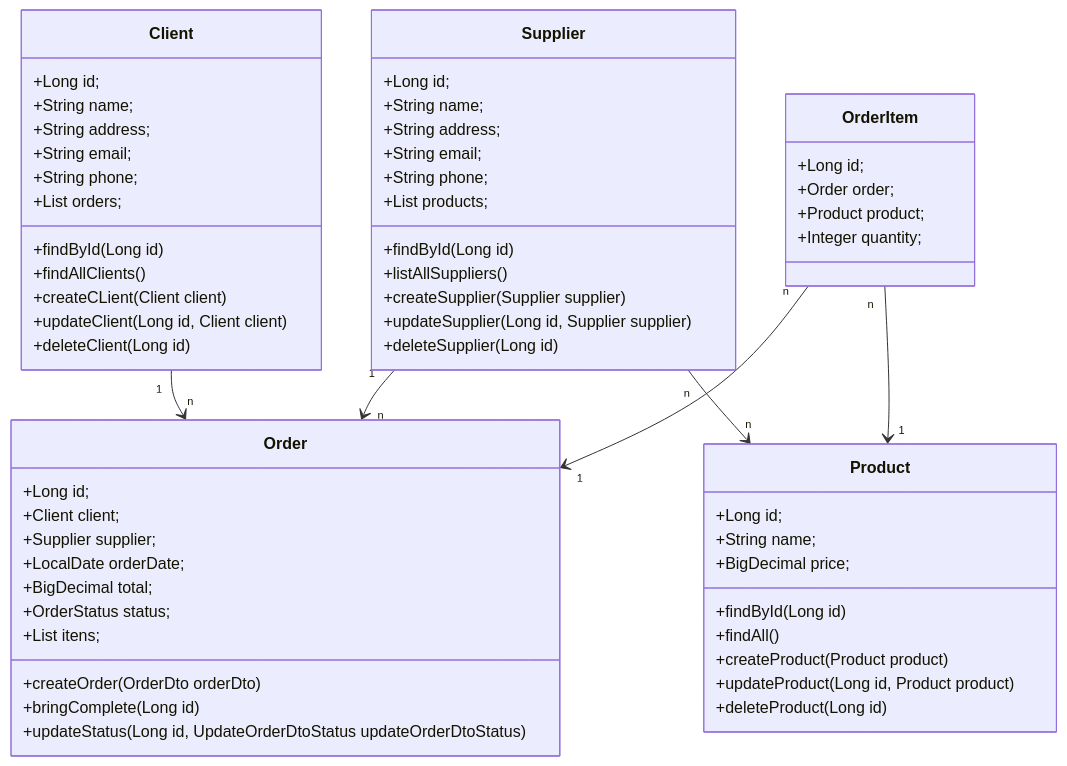
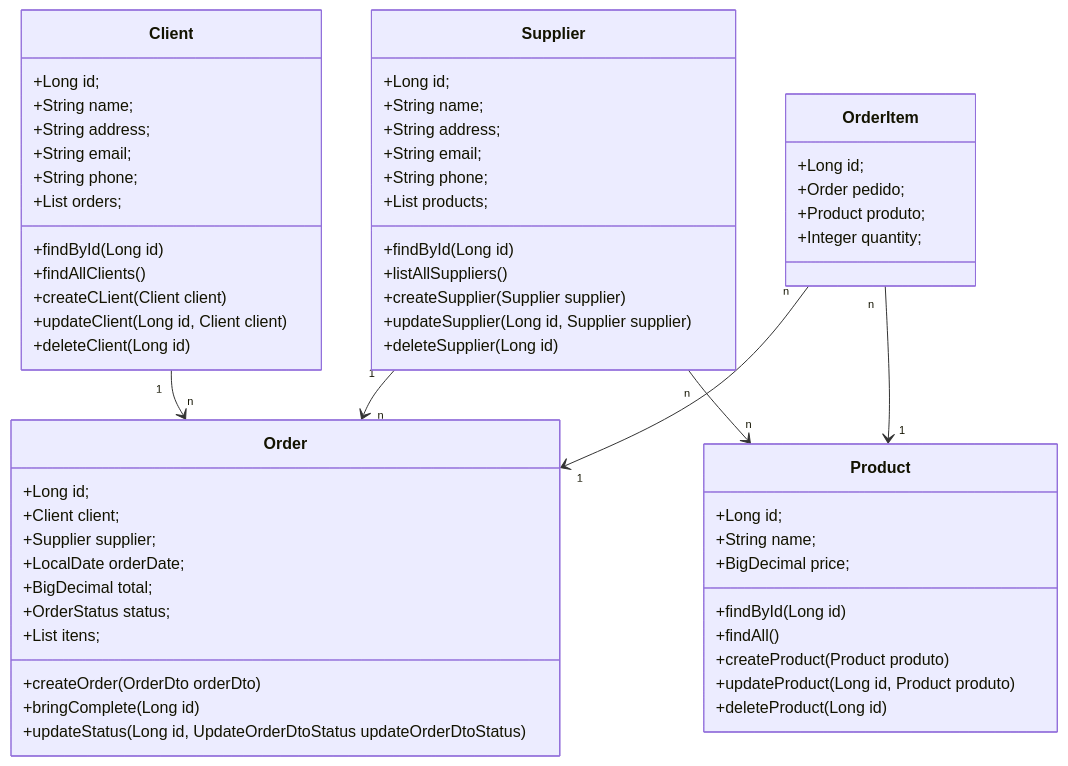
One commit to DiegoCasemiroFS/distribuidora changed the diagram in README.md. Above: the diagram before and after it, drawn with Mermaid. The commit also changed 18 other files, not shown here.

````diff
--- a/README.md
+++ b/README.md
@@ -8,73 +8,73 @@
 ```mermaid
 classDiagram
     class Client {
         +Long id;
         +String name;
         +String address;
         +String email;
         +String phone;
         +List<Order> orders;
         
         +findById(Long id)
         +findAllClients()
         +createCLient(Client client)
         +updateClient(Long id, Client client)
         +deleteClient(Long id)
     }
     
     class Supplier {
         +Long id;
         +String name;
         +String address;
         +String email;
         +String phone;
         +List<Product> products;
         
         +findById(Long id)
         +listAllSuppliers()
         +createSupplier(Supplier supplier)
         +updateSupplier(Long id, Supplier supplier)
         +deleteSupplier(Long id)
     }
     
     class Order {
         +Long id;
         +Client client;
         +Supplier supplier;
         +LocalDate orderDate;
         +BigDecimal total;
         +OrderStatus status;
         +List<OrderItem> itens;
         
         +createOrder(OrderDto orderDto)
         +bringComplete(Long id)
         +updateStatus(Long id, UpdateOrderDtoStatus updateOrderDtoStatus)
     }
     
     class OrderItem {
 
         +Long id;
-        +Order order;
-        +Product product;
+        +Order pedido;
+        +Product produto;
         +Integer quantity;
     }
     
     class Product {
         +Long id;
         +String name;
         +BigDecimal price;
         
         +findById(Long id)
         +findAll()
-        +createProduct(Product product)
-        +updateProduct(Long id, Product product)
+        +createProduct(Product produto)
+        +updateProduct(Long id, Product produto)
         +deleteProduct(Long id)
     }
 
     Client "1" --> "n" Order
     Supplier "1" --> "n" Order
     OrderItem "n" --> "1" Order
     OrderItem "n" --> "1" Product
     Supplier "n" --> "n" Product
 
 ```
````
